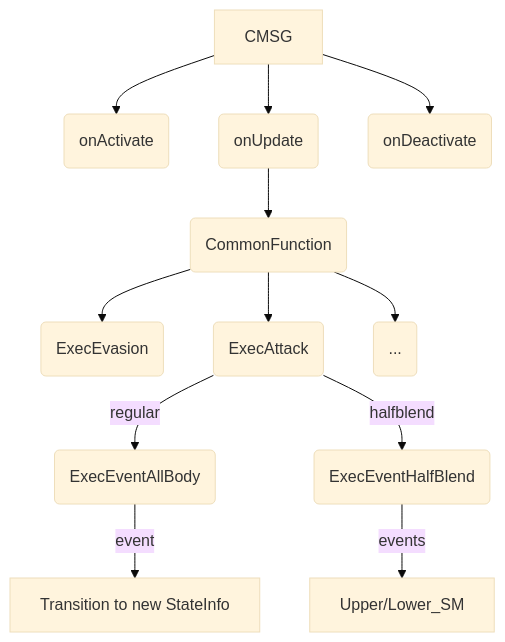
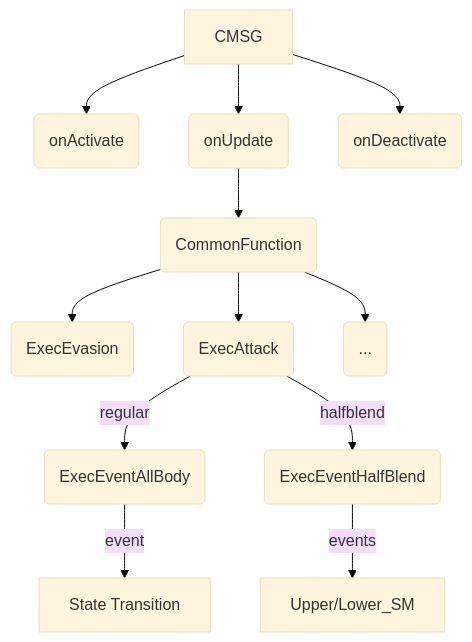
Before and after one commit to ndahn/HkbEditor: the diagram in docs/howto/hks.md, drawn with Mermaid (base theme).

Commit message:
Minor cleanup

````diff
--- a/docs/howto/hks.md
+++ b/docs/howto/hks.md
@@ -9,17 +9,17 @@
 ```mermaid
 flowchart TD
     A[CMSG] --> C(onActivate)
     A --> D(onUpdate)
     A --> E(onDeactivate)
     
     D --> F(CommonFunction)
     F --> G(ExecEvasion)
     F --> H(ExecAttack)
     F --> J(...)
 
     H --> |regular| K(ExecEventAllBody)
     H --> |halfblend| L(ExecEventHalfBlend)
 
-    K --> |event| M[Transition to new StateInfo]
+    K --> |event| M[State Transition]
     L --> |events| N[Upper/Lower_SM]
 ```
````
